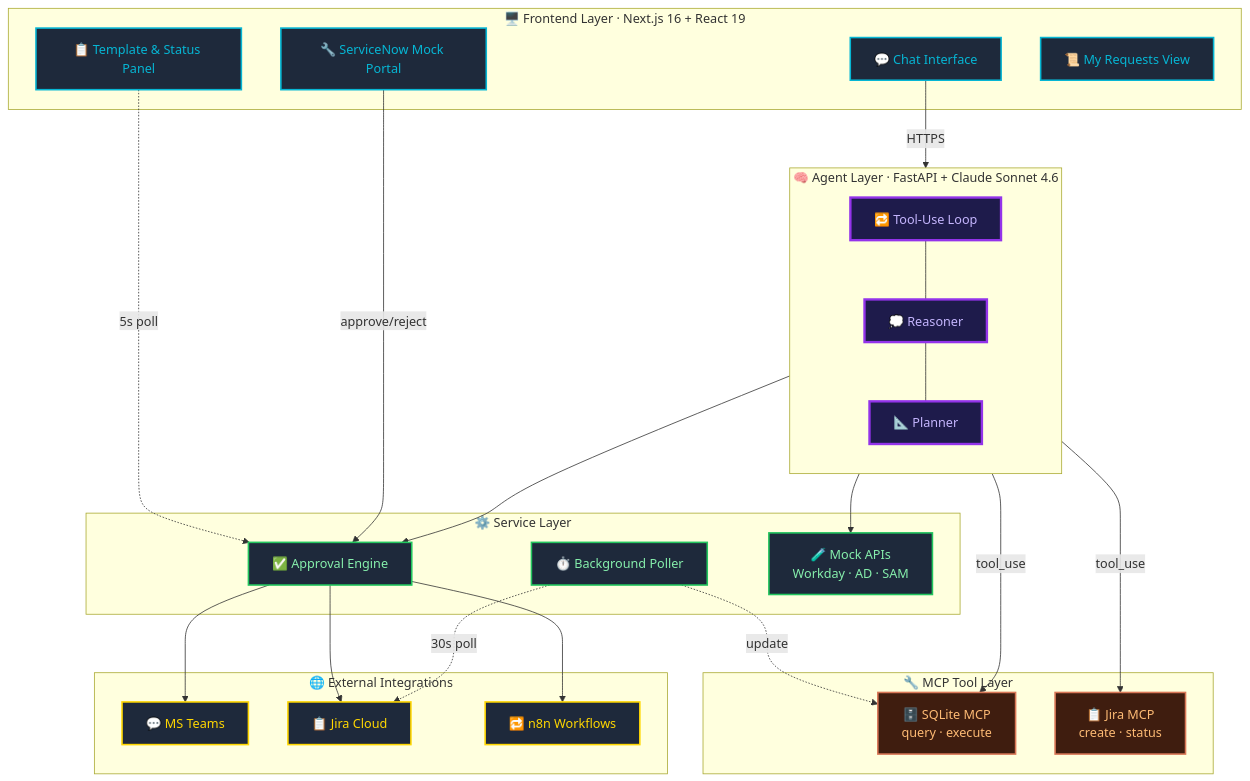
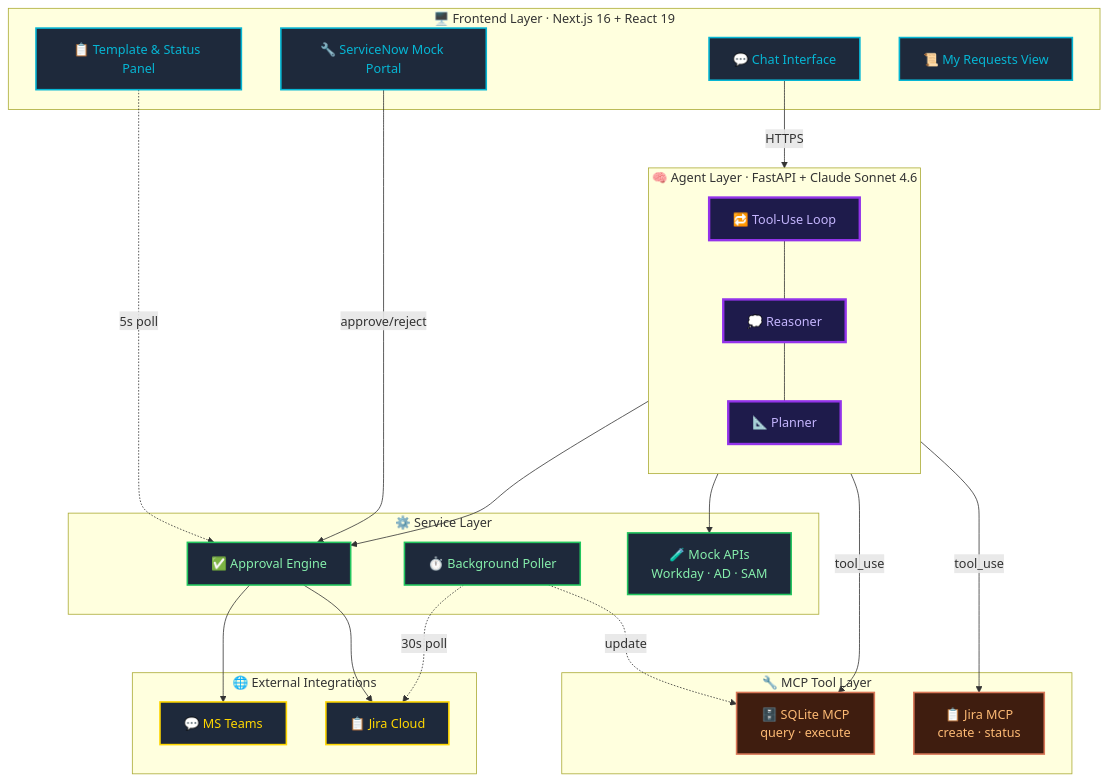
The second of 4 diagrams in README.md (Salman1310/hackherway-ps6), drawn with Mermaid before and after one commit. The commit also changed other lines of this file and 3 other files, not shown here.

````diff
--- a/README.md
+++ b/README.md
@@ -171,62 +171,60 @@
 ```mermaid
 graph TB
     subgraph FE["🖥️ Frontend Layer · Next.js 16 + React 19"]
         UI[💬 Chat Interface]
         RP[📋 Template & Status Panel]
         SN[🔧 ServiceNow Mock Portal]
         MR[📜 My Requests View]
     end
 
     subgraph AGENT["🧠 Agent Layer · FastAPI + Claude Sonnet 4.6"]
         direction TB
         Loop[🔁 Tool-Use Loop]
         Reasoner[💭 Reasoner]
         Planner[📐 Planner]
         Loop --- Reasoner --- Planner
     end
 
     subgraph MCP["🔧 MCP Tool Layer"]
         SQLite[🗄️ SQLite MCP<br/>query · execute]
         JiraMCP[📋 Jira MCP<br/>create · status]
     end
 
     subgraph SVC["⚙️ Service Layer"]
         Approval[✅ Approval Engine]
         Poller[⏱️ Background Poller]
         Mocks[🧪 Mock APIs<br/>Workday · AD · SAM]
     end
 
     subgraph EXT["🌐 External Integrations"]
         Teams[💬 MS Teams]
         Jira[📋 Jira Cloud]
-        N8N[🔁 n8n Workflows]
     end
 
     UI -->|HTTPS| Loop
     RP -.->|5s poll| Approval
     SN -->|approve/reject| Approval
 
     Reasoner -->|tool_use| SQLite
     Reasoner -->|tool_use| JiraMCP
     Planner --> Mocks
     Planner --> Approval
 
     Approval --> Teams
     Approval --> Jira
-    Approval --> N8N
 
     Poller -.->|30s poll| Jira
     Poller -.->|update| SQLite
 
     classDef frontend fill:#1e293b,stroke:#06B6D4,stroke-width:2px,color:#06B6D4
     classDef agent fill:#1e1b4b,stroke:#9333EA,stroke-width:3px,color:#c4b5fd
     classDef mcp fill:#3f1d0f,stroke:#D97757,stroke-width:2px,color:#fdba74
     classDef service fill:#1e293b,stroke:#22C55E,stroke-width:2px,color:#86efac
     classDef external fill:#1e293b,stroke:#FFD700,stroke-width:2px,color:#FFD700
 
     class UI,RP,SN,MR frontend
     class Loop,Reasoner,Planner agent
     class SQLite,JiraMCP mcp
     class Approval,Poller,Mocks service
-    class Teams,Jira,N8N external
+    class Teams,Jira external
 ```
````
